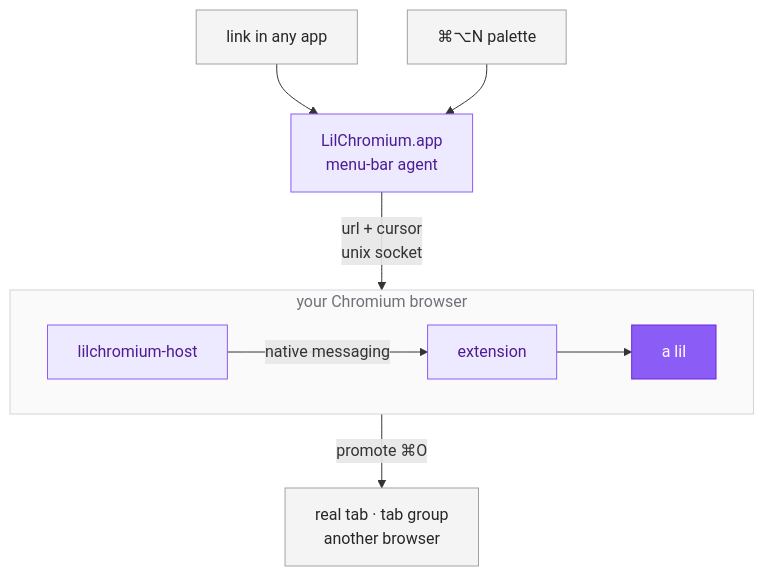
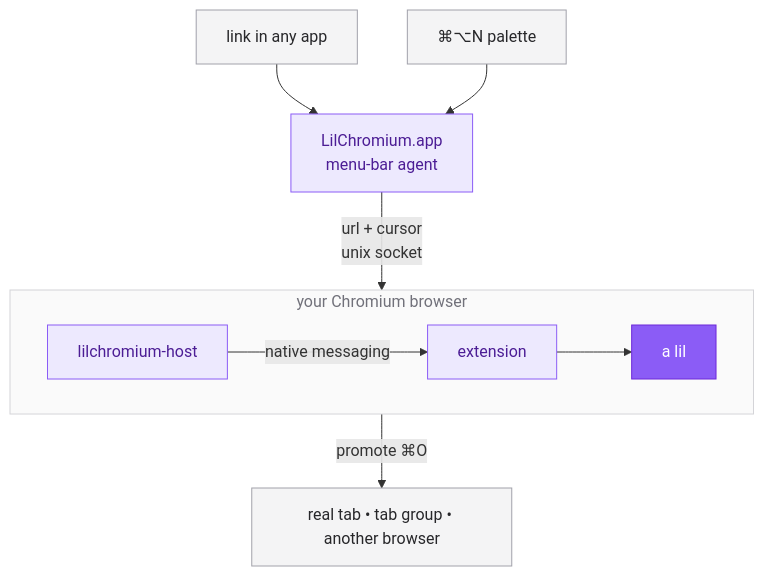
The diagram in README.md (mygirleatsmayo/lil-chromium), drawn with Mermaid before and after one commit.

Commit message:
docs: README mermaid fix broken line break

````diff
--- a/README.md
+++ b/README.md
@@ -7,27 +7,27 @@
 ```mermaid
 flowchart TB
     A["link in any app"]:::edge
     B["⌘⌥N palette"]:::edge
     C["LilChromium.app<br/>menu-bar agent"]:::core
 
     subgraph BROWSER["your Chromium browser"]
         direction LR
         D["lilchromium-host"]:::core
         E["extension"]:::core
         F["a lil"]:::lil
     end
 
-    G["real tab · tab group<br/>another browser"]:::edge
+    G["real tab • tab group • another browser"]:::edge
 
     A --> C
     B --> C
     C -- "url + cursor<br/>unix socket" --> D
     D -- "native messaging" --> E
     E --> F
     F -- "promote ⌘O" --> G
 
     classDef edge fill:#f4f4f5,stroke:#a1a1aa,color:#27272a
     classDef core fill:#ede9fe,stroke:#8b5cf6,color:#4c1d95
     classDef lil fill:#8b5cf6,stroke:#6d28d9,color:#ffffff
     style BROWSER fill:#fafafa,stroke:#d4d4d8,color:#71717a
 ```
````
